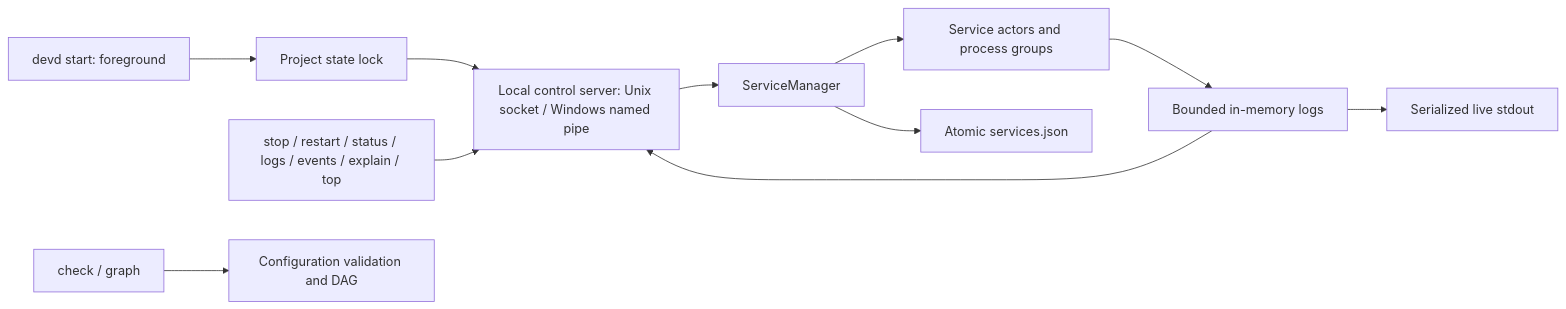
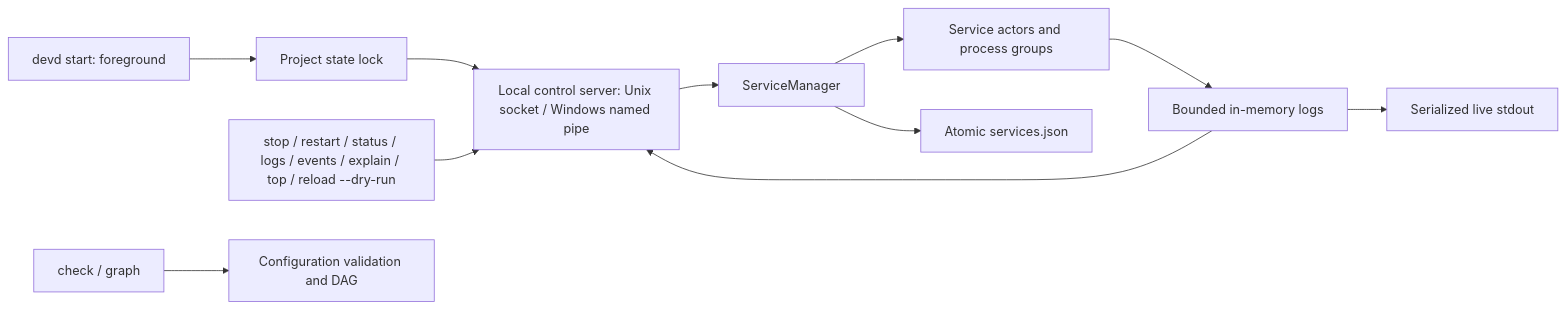
The first of 2 diagrams in ARCHITECTURE.md (Ceng-0324/Devd), drawn with Mermaid before and after one commit. The commit also changed other lines of this file and 15 other files, not shown here.

````diff
--- a/ARCHITECTURE.md
+++ b/ARCHITECTURE.md
@@ -11,13 +11,13 @@
 ```mermaid
 flowchart LR
     start[devd start: foreground] --> lock[Project state lock]
     lock --> server[Local control server: Unix socket / Windows named pipe]
     server --> manager[ServiceManager]
-    clients[stop / restart / status / logs / events / explain / top] --> server
+    clients[stop / restart / status / logs / events / explain / top / reload --dry-run] --> server
     manager --> actors[Service actors and process groups]
     actors --> logs[Bounded in-memory logs]
     logs --> terminal[Serialized live stdout]
     logs --> server
     manager --> state[Atomic services.json]
     check[check / graph] --> config[Configuration validation and DAG]
 ```
````
